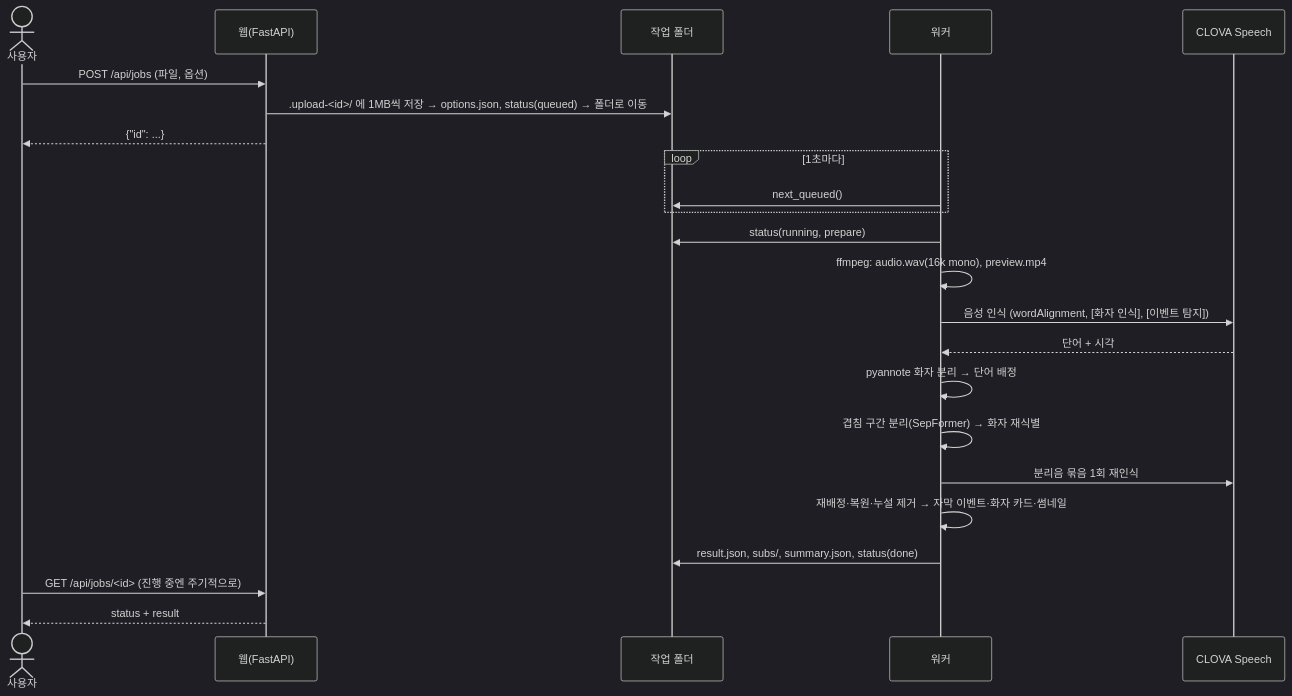
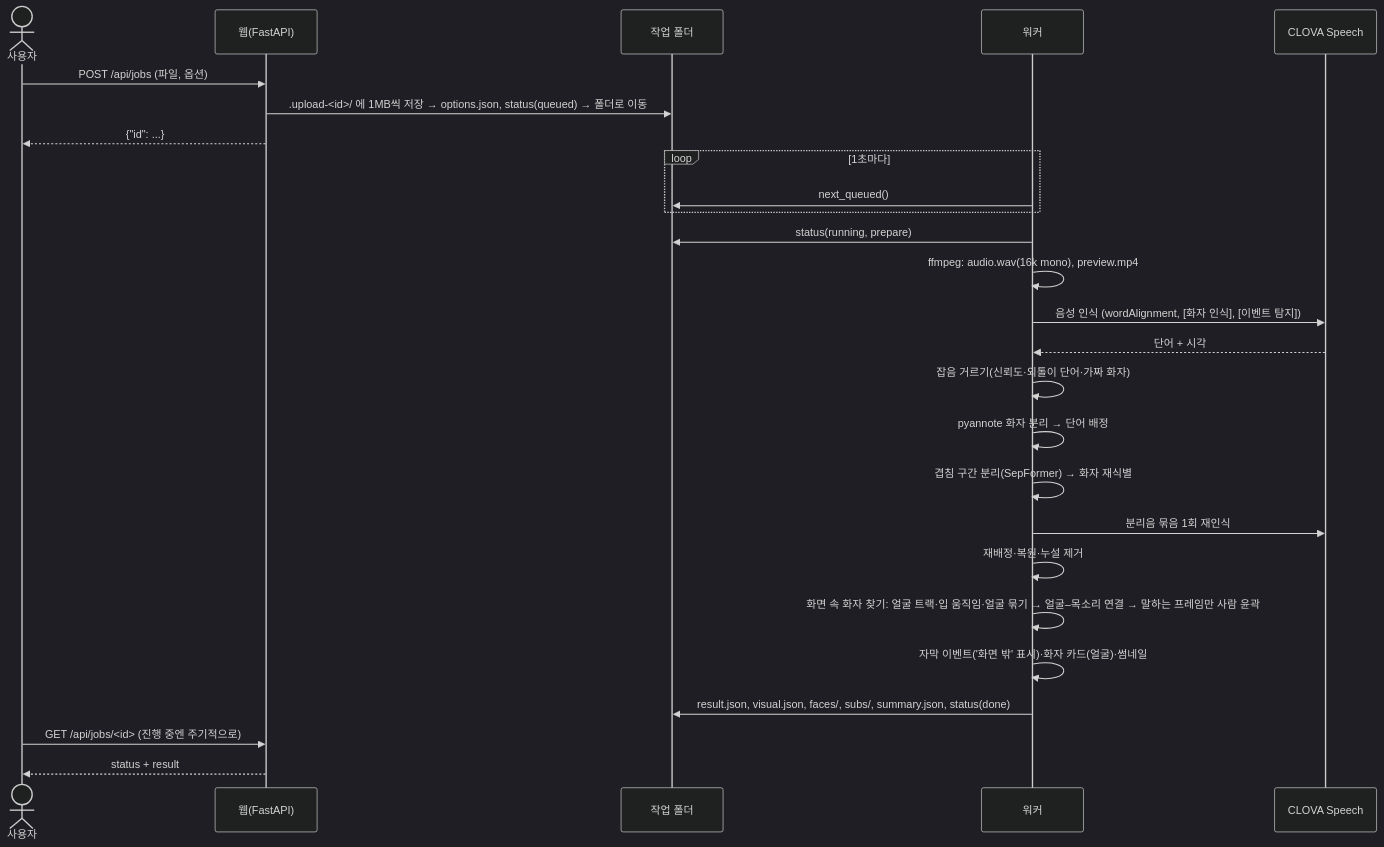
Before and after one commit to voxprism/voxprism: the third of 4 diagrams in docs/02-상세설계.md, drawn with Mermaid (dark theme). The commit also changed other lines of this file and 31 other files, not shown here.

First line of the commit message:
feat(visual): 화면 속 말하는 사람 윤곽 강조와 화면 밖 화자 표시 (#3)

````diff
--- a/docs/02-상세설계.md
+++ b/docs/02-상세설계.md
@@ -74,25 +74,28 @@
 ```mermaid
 sequenceDiagram
     actor U as 사용자
     participant W as 웹(FastAPI)
     participant J as 작업 폴더
     participant K as 워커
     participant C as CLOVA Speech
     U->>W: POST /api/jobs (파일, 옵션)
     W->>J: .upload-<id>/ 에 1MB씩 저장 → options.json, status(queued) → 폴더로 이동
     W-->>U: {"id": ...}
     loop 1초마다
         K->>J: next_queued()
     end
     K->>J: status(running, prepare)
     K->>K: ffmpeg: audio.wav(16k mono), preview.mp4
     K->>C: 음성 인식 (wordAlignment, [화자 인식], [이벤트 탐지])
     C-->>K: 단어 + 시각
+    K->>K: 잡음 거르기(신뢰도·외톨이 단어·가짜 화자)
     K->>K: pyannote 화자 분리 → 단어 배정
     K->>K: 겹침 구간 분리(SepFormer) → 화자 재식별
     K->>C: 분리음 묶음 1회 재인식
-    K->>K: 재배정·복원·누설 제거 → 자막 이벤트·화자 카드·썸네일
-    K->>J: result.json, subs/, summary.json, status(done)
+    K->>K: 재배정·복원·누설 제거
+    K->>K: 화면 속 화자 찾기: 얼굴 트랙·입 움직임·얼굴 묶기 → 얼굴–목소리 연결 → 말하는 프레임만 사람 윤곽
+    K->>K: 자막 이벤트('화면 밖' 표시)·화자 카드(얼굴)·썸네일
+    K->>J: result.json, visual.json, faces/, subs/, summary.json, status(done)
     U->>W: GET /api/jobs/<id> (진행 중엔 주기적으로)
     W-->>U: status + result
 ```
````
